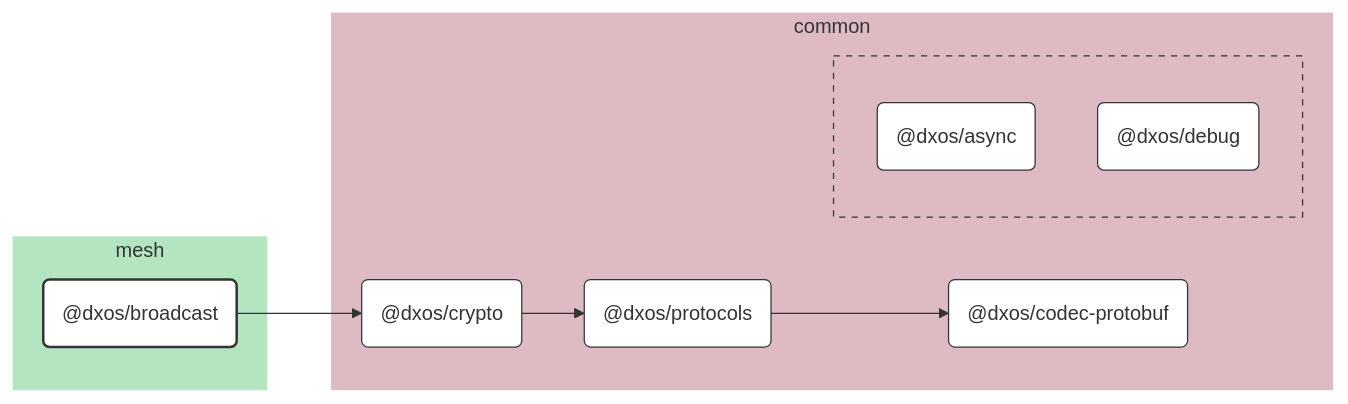
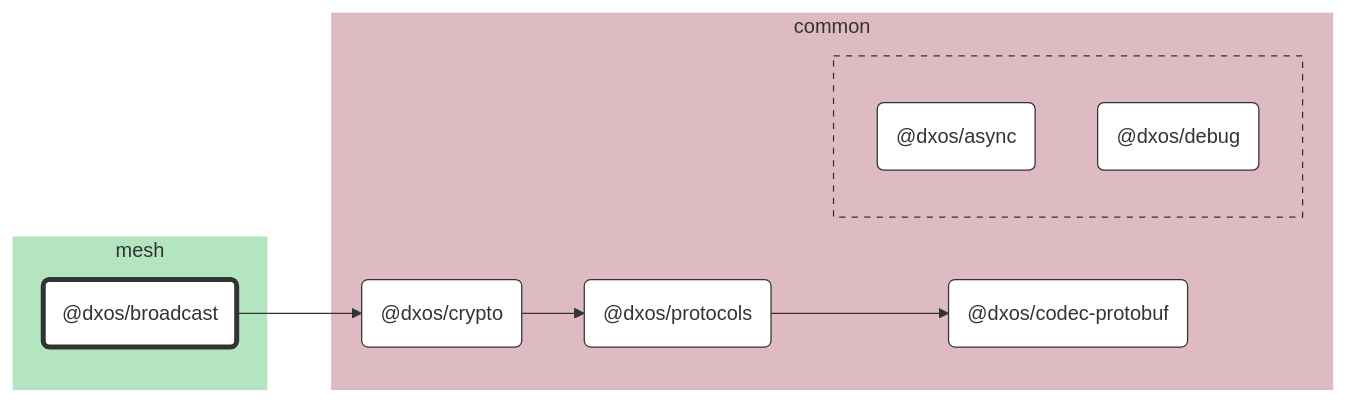
Before and after one commit to dxos/dxos: the diagram in packages/mesh/broadcast/docs/README.md, drawn with Mermaid. The commit also changed 104 other files, not shown here.

````diff
--- a/packages/mesh/broadcast/docs/README.md
+++ b/packages/mesh/broadcast/docs/README.md
@@ -7,53 +7,41 @@
 ```mermaid
 %%{ init: {'flowchart':{'curve':'basis'}} }%%
 
 flowchart LR
 
-%% Links
-dxos/broadcast --> dxos/crypto;
-dxos/crypto --> dxos/protocols;
-dxos/protocols --> dxos/codec-protobuf;
+%% Classes
+classDef def fill:#fff,stroke:#333,stroke-width:1px
+classDef root fill:#fff,stroke:#333,stroke-width:4px
 
-%% Sections
-subgraph mesh
-  style mesh fill:#b3e6c0,stroke:#fff;
+%% Nodes
 
-  dxos/broadcast("@dxos/broadcast")
+subgraph mesh [mesh]
+  style mesh fill:#b3e6c0,stroke:#fff
+  dxos/broadcast("@dxos/broadcast"):::root
+  click dxos/broadcast "dxos/dxos/tree/main/packages/mesh/broadcast/docs"
 end
 
-subgraph common
-  style common fill:#debac2,stroke:#fff;
-
-  dxos/codec-protobuf("@dxos/codec-protobuf")
-  dxos/crypto("@dxos/crypto")
-  dxos/protocols("@dxos/protocols")
+subgraph common [common]
+  style common fill:#debac2,stroke:#fff
+  dxos/codec-protobuf("@dxos/codec-protobuf"):::def
+  click dxos/codec-protobuf "dxos/dxos/tree/main/packages/common/codec-protobuf/docs"
+  dxos/crypto("@dxos/crypto"):::def
+  click dxos/crypto "dxos/dxos/tree/main/packages/common/crypto/docs"
+  dxos/protocols("@dxos/protocols"):::def
+  click dxos/protocols "dxos/dxos/tree/main/packages/common/protocols/docs"
 
   subgraph common-excluded [ ]
-    style common-excluded fill:#debac2,stroke:#333,stroke-dasharray:5 5;
-
-    dxos/async("@dxos/async")
-    dxos/debug("@dxos/debug")
+    style common-excluded fill:#debac2,stroke:#333,stroke-dasharray:5 5
+    dxos/async("@dxos/async"):::def
+    click dxos/async "dxos/dxos/tree/main/packages/common/async/docs"
+    dxos/debug("@dxos/debug"):::def
+    click dxos/debug "dxos/dxos/tree/main/packages/common/debug/docs"
   end
 end
 
-
-%% Hyperlinks
-click dxos/async "dxos/dxos/tree/main/packages/common/async/docs";
-click dxos/codec-protobuf "dxos/dxos/tree/main/packages/common/codec-protobuf/docs";
-click dxos/crypto "dxos/dxos/tree/main/packages/common/crypto/docs";
-click dxos/debug "dxos/dxos/tree/main/packages/common/debug/docs";
-click dxos/protocols "dxos/dxos/tree/main/packages/common/protocols/docs";
-
-%% Styles
-classDef rootNode fill:#fff,stroke:#333,stroke-width:2px
-classDef defaultNode fill:#fff,stroke:#333,stroke-width:1px
+%% Links
 linkStyle default stroke:#333,stroke-width:1px
-
-dxos/broadcast:::rootNode
-
-dxos/async:::defaultNode
-dxos/codec-protobuf:::defaultNode
-dxos/crypto:::defaultNode
-dxos/debug:::defaultNode
-dxos/protocols:::defaultNode
+dxos/broadcast --> dxos/crypto
+dxos/crypto --> dxos/protocols
+dxos/protocols --> dxos/codec-protobuf
 ```
````
